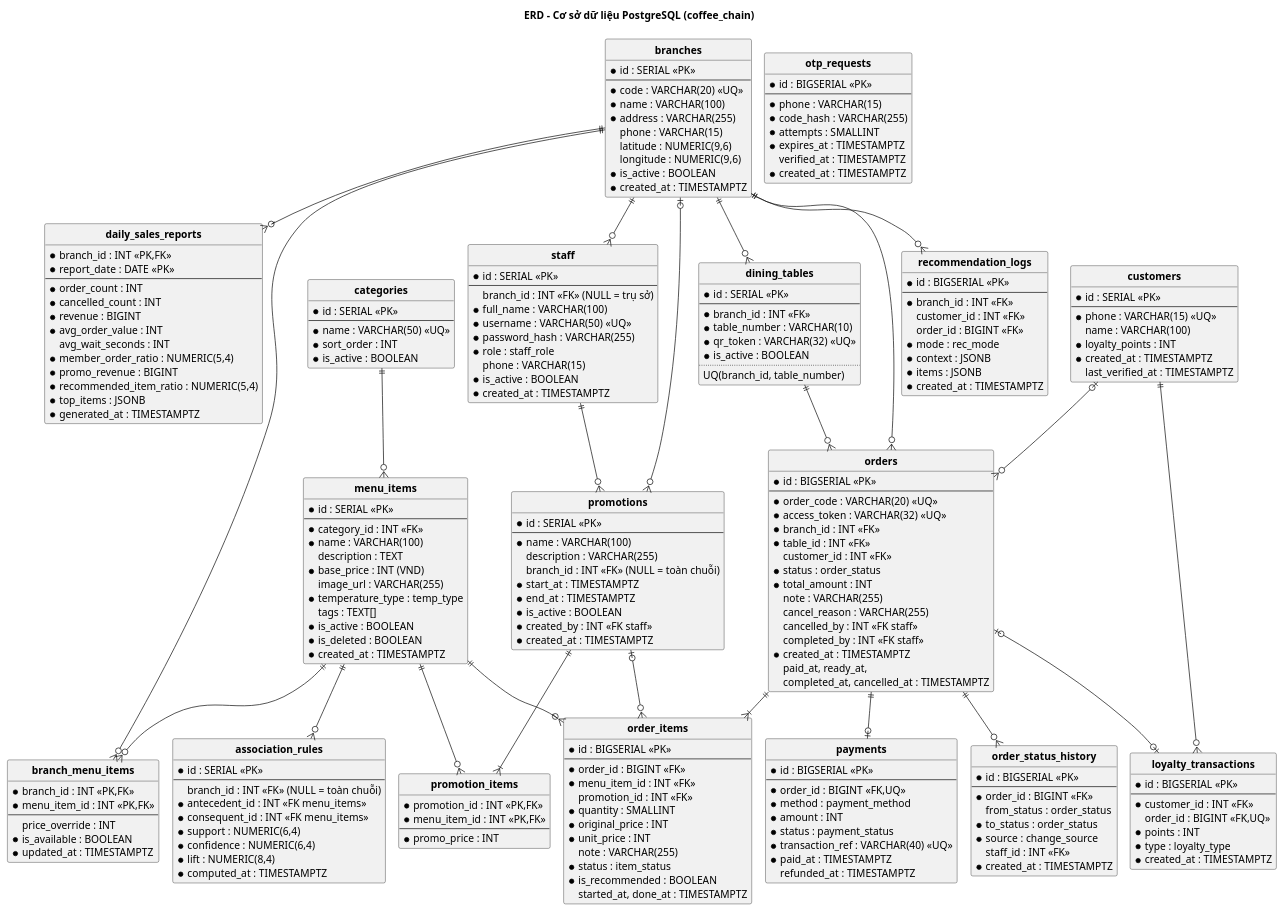
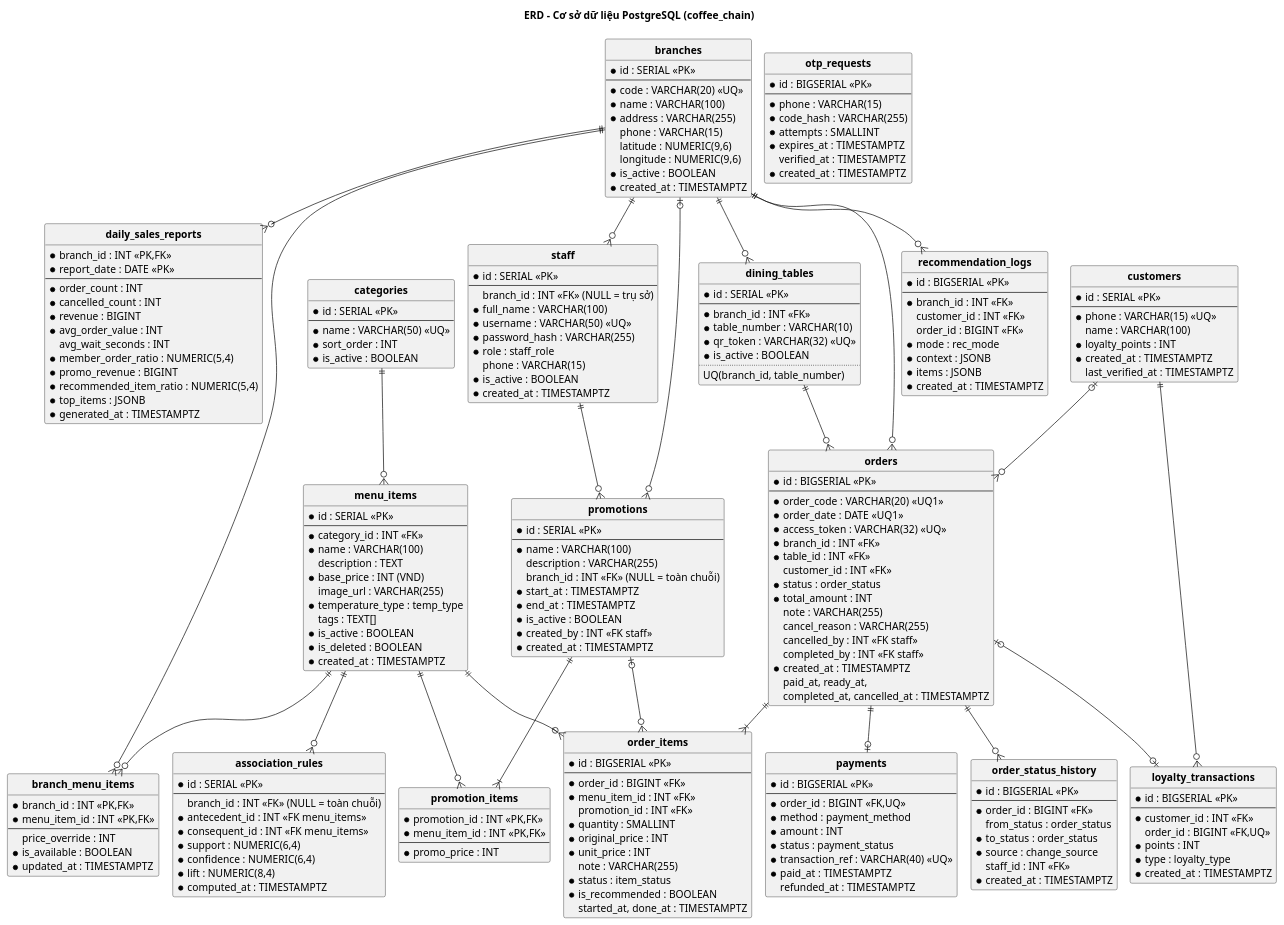
The diagram in 1.Bao_cao/Thiet_ke_he_thong/diagrams/src/IV_erd.puml (thanhbinh0493/smartcafe), drawn with PlantUML before and after one commit. The commit also changed 85 other files, not shown here.

```diff
--- a/1.Bao_cao/Thiet_ke_he_thong/diagrams/src/IV_erd.puml
+++ b/1.Bao_cao/Thiet_ke_he_thong/diagrams/src/IV_erd.puml
@@ -130,7 +130,8 @@
 entity orders {
   * id : BIGSERIAL <<PK>>
   --
-  * order_code : VARCHAR(20) <<UQ>>
+  * order_code : VARCHAR(20) <<UQ1>>
+  * order_date : DATE <<UQ1>>
   * access_token : VARCHAR(32) <<UQ>>
   * branch_id : INT <<FK>>
   * table_id : INT <<FK>>
```
